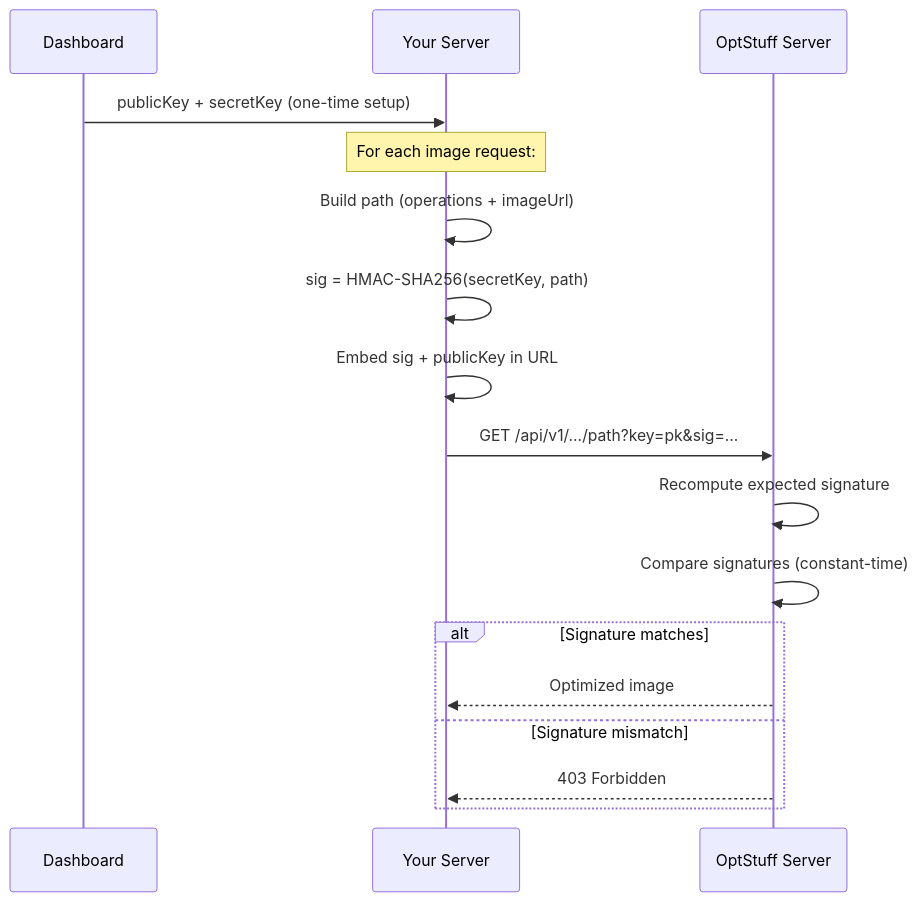
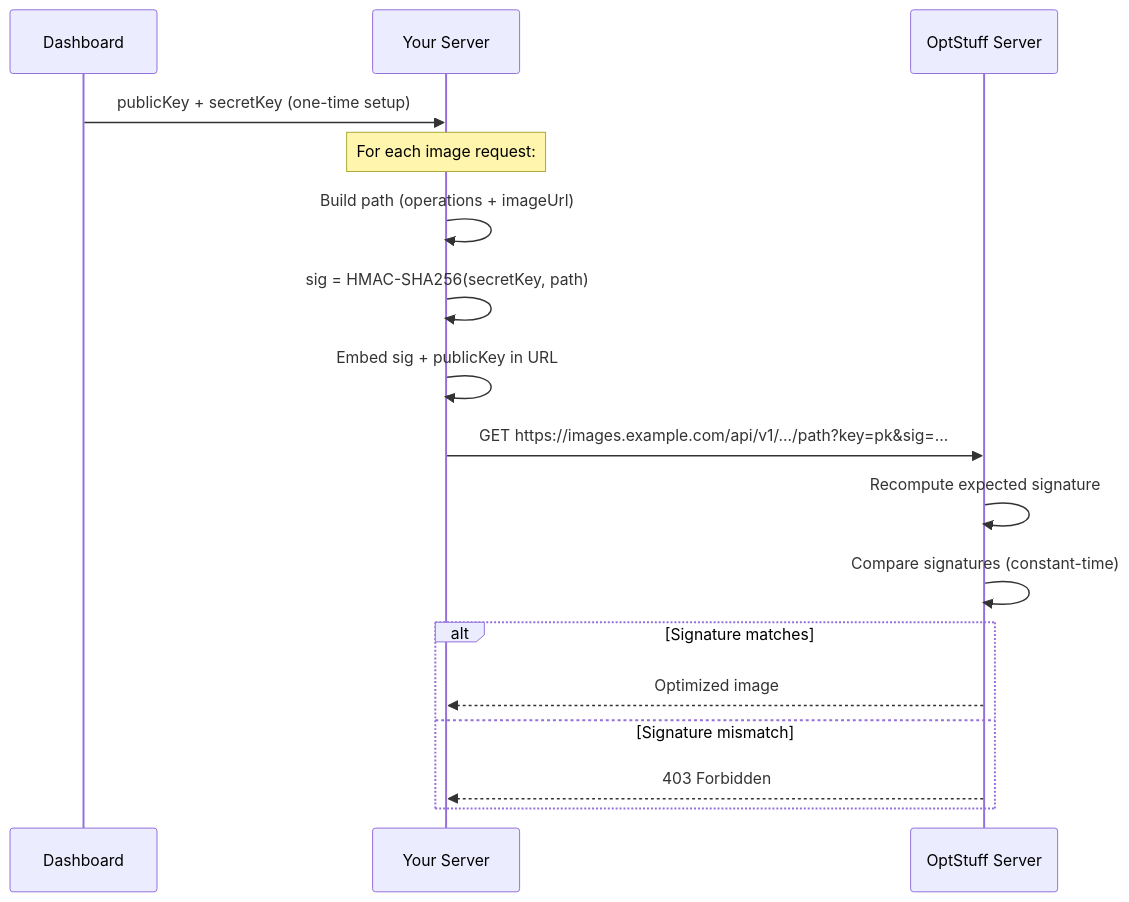
The diagram in apps/docs/content/docs/guides/url-signing.mdx (EricTsai83/optstuff), drawn with Mermaid before and after one commit. The commit also changed other lines of this file and 1 other file, not shown here.

Commit message:
Enhance API documentation by specifying the base URL format for requests and updating example URLs to include the full path, improving clarity for users integrating with the OptStuff service.

````diff
--- a/apps/docs/content/docs/guides/url-signing.mdx
+++ b/apps/docs/content/docs/guides/url-signing.mdx
@@ -20,23 +21,23 @@
 ```mermaid
 sequenceDiagram
   participant Dashboard
   participant YourServer as Your Server
   participant OptStuff as OptStuff Server
 
   Dashboard->>YourServer: publicKey + secretKey (one-time setup)
 
   Note over YourServer: For each image request:
   YourServer->>YourServer: Build path (operations + imageUrl)
   YourServer->>YourServer: sig = HMAC-SHA256(secretKey, path)
   YourServer->>YourServer: Embed sig + publicKey in URL
 
-  YourServer->>OptStuff: GET /api/v1/.../path?key=pk&sig=...
+  YourServer->>OptStuff: GET https://images.example.com/api/v1/.../path?key=pk&sig=...
   OptStuff->>OptStuff: Recompute expected signature
   OptStuff->>OptStuff: Compare signatures (constant-time)
 
   alt Signature matches
     OptStuff-->>YourServer: Optimized image
   else Signature mismatch
     OptStuff-->>YourServer: 403 Forbidden
   end
 ```
````
